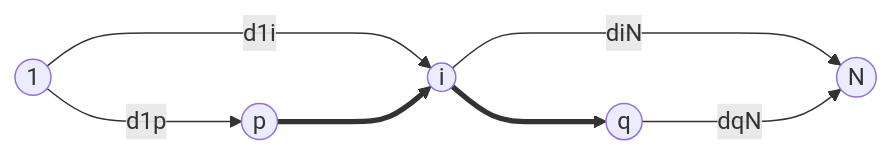
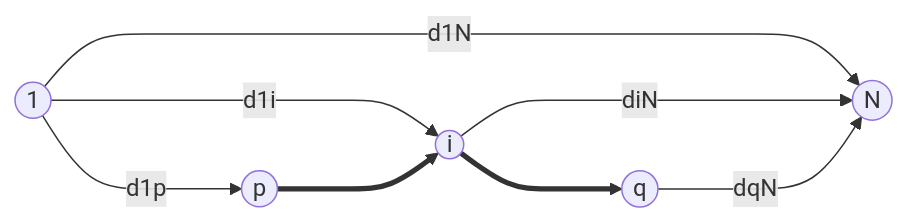
One commit to nodashin6/atcoder changed the diagram in docs/source/edutorial/abc/257/f.rst. Above: the diagram before and after it, drawn with Mermaid. The commit also changed other lines of this file, not shown here.

```diff
--- a/docs/source/edutorial/abc/257/f.rst
+++ b/docs/source/edutorial/abc/257/f.rst
@@ -42,15 +42,16 @@
 .. mermaid::
 
     graph LR
         1(("1"))
         i(("i"))
         p(("p"))
         q(("q"))
         N(("N"))
 
         1 --->|d1i| i
         1 --->|d1p| p
+        1 --->|d1N| N
         i --->|diN| N
         p ===> i
         i ===> q
         q --->|dqN| N
```
